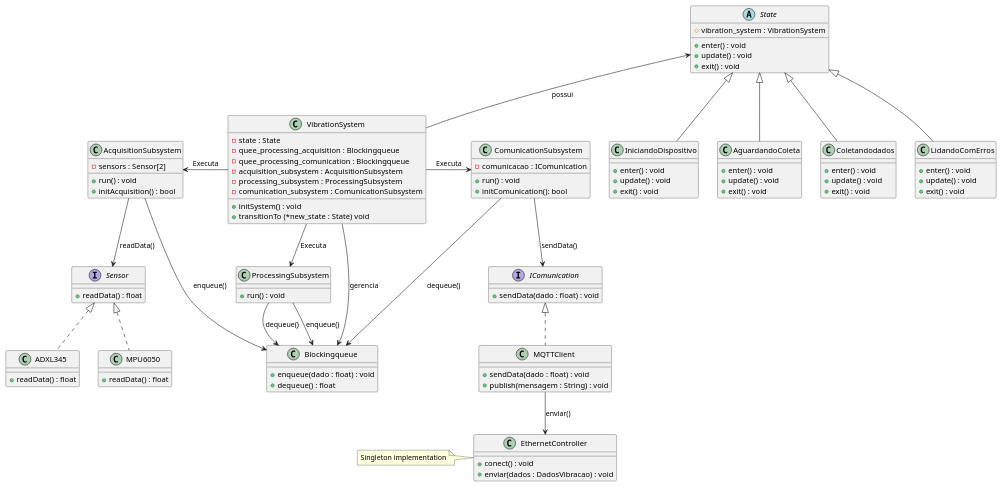
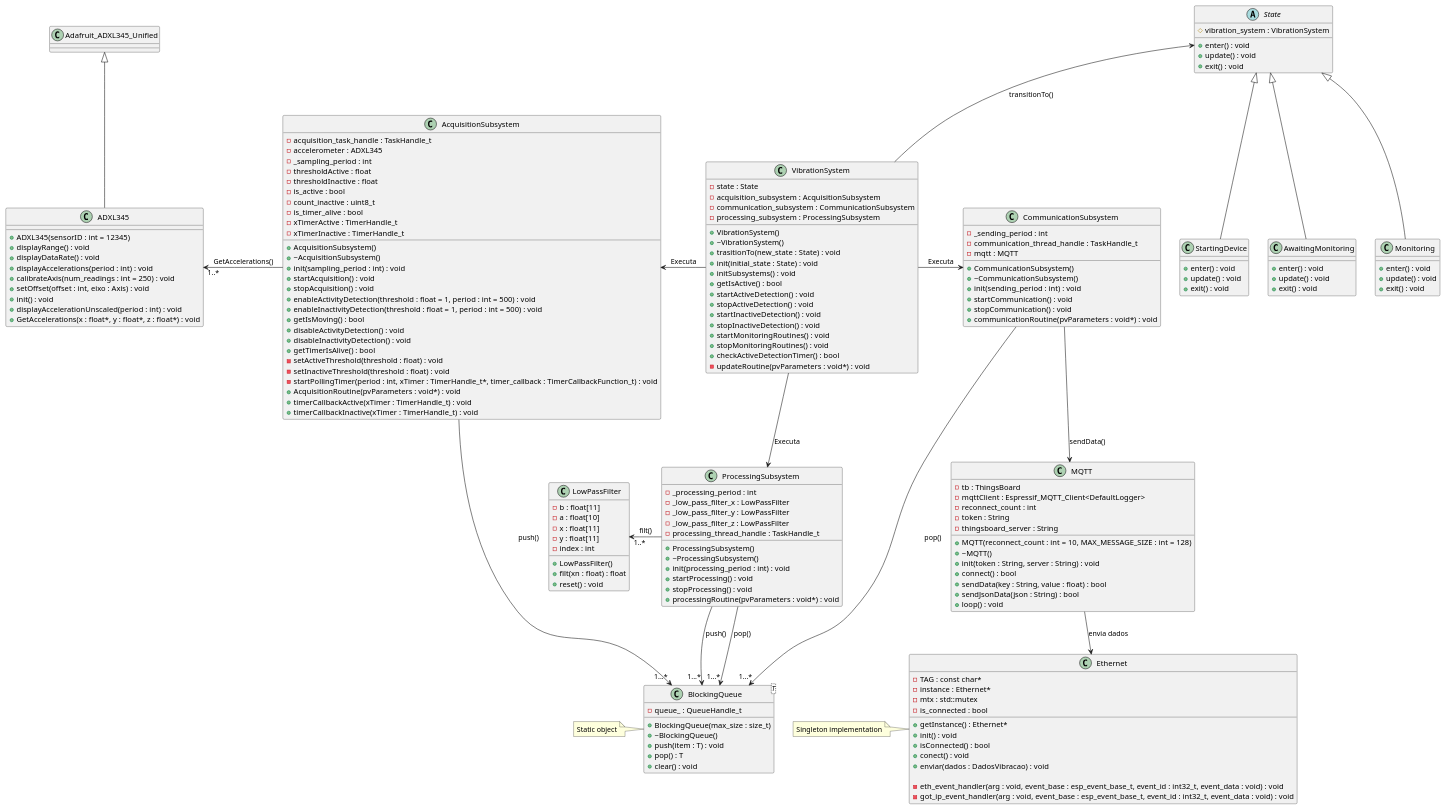
The diagram in diagramas/Class.plantuml (PHM-araujo/Vibration_Sensor), drawn with PlantUML before and after one commit. The commit also changed 2 other files, not shown here.

```diff
--- a/diagramas/Class.plantuml
+++ b/diagramas/Class.plantuml
@@ -1,111 +1,184 @@
-@startuml Class diagram
-' Classe de Middleware que gerencia o sistema
+@startuml
 class VibrationSystem {
-    +initSystem() : void
-    +transitionTo (*new_state : State) void
-    - state : State
-    -quee_processing_acquisition : Blockingqueue
-    -quee_processing_comunication : Blockingqueue
+    +VibrationSystem()
+    +~VibrationSystem()
+    +trasitionTo(new_state : State) : void
+    +init(initial_state : State) : void
+    +initSubsystems() : void
+    +getIsActive() : bool
+    +startActiveDetection() : void
+    +stopActiveDetection() : void
+    +startInactiveDetection() : void
+    +stopInactiveDetection() : void
+    +startMonitoringRoutines() : void
+    +stopMonitoringRoutines() : void
+    +checkActiveDetectionTimer() : bool
+    -updateRoutine(pvParameters : void*) : void
+    -state : State
     -acquisition_subsystem : AcquisitionSubsystem
+    -communication_subsystem : CommunicationSubsystem
     -processing_subsystem : ProcessingSubsystem
-    -comunication_subsystem : ComunicationSubsystem
 }
-
-' Classes de sensores
-class MPU6050 implements Sensor  {
-    +readData() : float
+class AcquisitionSubsystem {
+    +AcquisitionSubsystem()
+    +~AcquisitionSubsystem()
+    +init(sampling_period : int) : void
+    +startAcquisition() : void
+    +stopAcquisition() : void
+    +enableActivityDetection(threshold : float = 1, period : int = 500) : void
+    +enableInactivityDetection(threshold : float = 1, period : int = 500) : void
+    +getIsMoving() : bool
+    +disableActivityDetection() : void
+    +disableInactivityDetection() : void
+    +getTimerIsAlive() : bool
+    -setActiveThreshold(threshold : float) : void
+    -setInactiveThreshold(threshold : float) : void
+    -startPollingTimer(period : int, xTimer : TimerHandle_t*, timer_callback : TimerCallbackFunction_t) : void
+    -acquisition_task_handle : TaskHandle_t
+    -accelerometer : ADXL345
+    -_sampling_period : int
+    -thresholdActive : float
+    -thresholdInactive : float
+    -is_active : bool
+    -count_inactive : uint8_t
+    -is_timer_alive : bool
+    -xTimerActive : TimerHandle_t
+    -xTimerInactive : TimerHandle_t
+    +AcquisitionRoutine(pvParameters : void*) : void
+    +timerCallbackActive(xTimer : TimerHandle_t) : void
+    +timerCallbackInactive(xTimer : TimerHandle_t) : void
 }
-
-class ADXL345 implements Sensor {
-    +readData() : float
-}
-
-interface Sensor {
-    +readData() : float
-}
-
-' Classe de Fila Bloqueante
-class Blockingqueue {
-    +enqueue(dado : float) : void
-    +dequeue() : float
-}
-' Threads do Sistema
-class AcquisitionSubsystem { 
-    -sensors : Sensor[2]
-    +run() : void
-    +initAcquisition() : bool
+class ADXL345 extends Adafruit_ADXL345_Unified {
+    +ADXL345(sensorID : int = 12345)
+    +displayRange() : void
+    +displayDataRate() : void
+    +displayAccelerations(period : int) : void
+    +calibrateAxis(num_readings : int = 250) : void
+    +setOffset(offset : int, eixo : Axis) : void
+    +init() : void
+    +displayAccelerationUnscaled(period : int) : void
+    +GetAccelerations(x : float*, y : float*, z : float*) : void
 }
 class ProcessingSubsystem {
-    +run() : void
+    +ProcessingSubsystem()
+    +~ProcessingSubsystem()
+    +init(processing_period : int) : void
+    +startProcessing() : void
+    +stopProcessing() : void
+    +processingRoutine(pvParameters : void*) : void
+
+    -_processing_period : int
+    -_low_pass_filter_x : LowPassFilter
+    -_low_pass_filter_y : LowPassFilter
+    -_low_pass_filter_z : LowPassFilter
+    -processing_thread_handle : TaskHandle_t
 }
-class ComunicationSubsystem {
-    -comunicacao : IComunication
-    +run() : void
-    +initComunication(): bool
+class LowPassFilter {
+    +LowPassFilter()
+    +filt(xn : float) : float
+    +reset() : void
+
+    -b : float[11]
+    -a : float[10]
+    -x : float[11]
+    -y : float[11]
+    -index : int
 }
-
-AcquisitionSubsystem --> Blockingqueue : "enqueue()"
-AcquisitionSubsystem --> Sensor: readData()
-
-ProcessingSubsystem --> Blockingqueue : "dequeue()"
-ProcessingSubsystem --> Blockingqueue : "enqueue()"
-
-ComunicationSubsystem --> Blockingqueue : "dequeue()"
-ComunicationSubsystem -->   IComunication: sendData()
-
-' Comunicação Ethernet e MQTT
-interface IComunication {
-    +sendData(dado : float) : void
+class CommunicationSubsystem {
+    +CommunicationSubsystem()
+    +~CommunicationSubsystem()
+    +init(sending_period : int) : void
+    +startCommunication() : void
+    +stopCommunication() : void
+    +communicationRoutine(pvParameters : void*) : void
+    -_sending_period : int
+    -communication_thread_handle : TaskHandle_t
+    -mqtt : MQTT
 }
-class MQTTClient implements IComunication {
-    +sendData(dado : float) : void
-    +publish(mensagem : String) : void
+class MQTT {
+    +MQTT(reconnect_count : int = 10, MAX_MESSAGE_SIZE : int = 128)
+    +~MQTT()
+    +init(token : String, server : String) : void
+    +connect() : bool
+    +sendData(key : String, value : float) : bool
+    +sendJsonData(json : String) : bool
+    +loop() : void
+    -tb : ThingsBoard
+    -mqttClient : Espressif_MQTT_Client<DefaultLogger>
+    -reconnect_count : int
+    -token : String
+    -thingsboard_server : String
 }
-class EthernetController {
+class Ethernet {
+    +getInstance() : Ethernet*
+    +init() : void
+    +isConnected() : bool
     +conect() : void
     +enviar(dados : DadosVibracao) : void
+
+    -eth_event_handler(arg : void, event_base : esp_event_base_t, event_id : int32_t, event_data : void) : void
+    -got_ip_event_handler(arg : void, event_base : esp_event_base_t, event_id : int32_t, event_data : void) : void
+
+    -TAG : const char*
+    -instance : Ethernet*
+    -mtx : std::mutex
+    -is_connected : bool
 }
+class BlockingQueue<T> {
+    +BlockingQueue(max_size : size_t)
+    +~BlockingQueue()
+    +push(item : T) : void
+    +pop() : T
+    +clear() : void
+    -queue_ : QueueHandle_t
+}
+AcquisitionSubsystem --> "1...*" BlockingQueue : "push()"
+AcquisitionSubsystem -left-> "1..*" ADXL345: "GetAccelerations()"
 
-MQTTClient --> EthernetController : "enviar()"
+ProcessingSubsystem --> "1...*" BlockingQueue : "pop()"
+ProcessingSubsystem --> "1...*" BlockingQueue : "push()"
+ProcessingSubsystem -left-> "1..*" LowPassFilter : "filt()"
 
-' Middleware gerencia todas as threads e filas
+CommunicationSubsystem --> "1...*" BlockingQueue : "pop()"
+CommunicationSubsystem --> MQTT: "sendData()"
+
+
+MQTT --> Ethernet : "envia dados"
+
 VibrationSystem -left-> AcquisitionSubsystem : Executa
 VibrationSystem --> ProcessingSubsystem : Executa
-VibrationSystem -right-> ComunicationSubsystem : Executa
-VibrationSystem --> Blockingqueue : gerencia
-VibrationSystem -up-> State : possui
+VibrationSystem -right-> CommunicationSubsystem : Executa
+VibrationSystem -up-> State : transitionTo()
 
 ' Maquina de estados 
 abstract class State {
     #vibration_system : VibrationSystem
     +enter() : void
     +update() : void
     +exit() : void
 }
-class IniciandoDispositivo extends State {
+class StartingDevice extends State {
     +enter() : void
     +update() : void
     +exit() : void
 }
-class AguardandoColeta extends State {
+class AwaitingMonitoring extends State {
     +enter() : void
     +update() : void
     +exit() : void
 }
-class Coletandodados extends State {
-    +enter() : void
-    +update() : void
-    +exit() : void
-}
-class LidandoComErros extends State {
+class Monitoring extends State {
     +enter() : void
     +update() : void
     +exit() : void
 }
 
 ' Notas
-note left of EthernetController
+note left of Ethernet
     Singleton implementation
 end note
 
+note left of BlockingQueue
+    Static object
+end note
 @enduml
```
